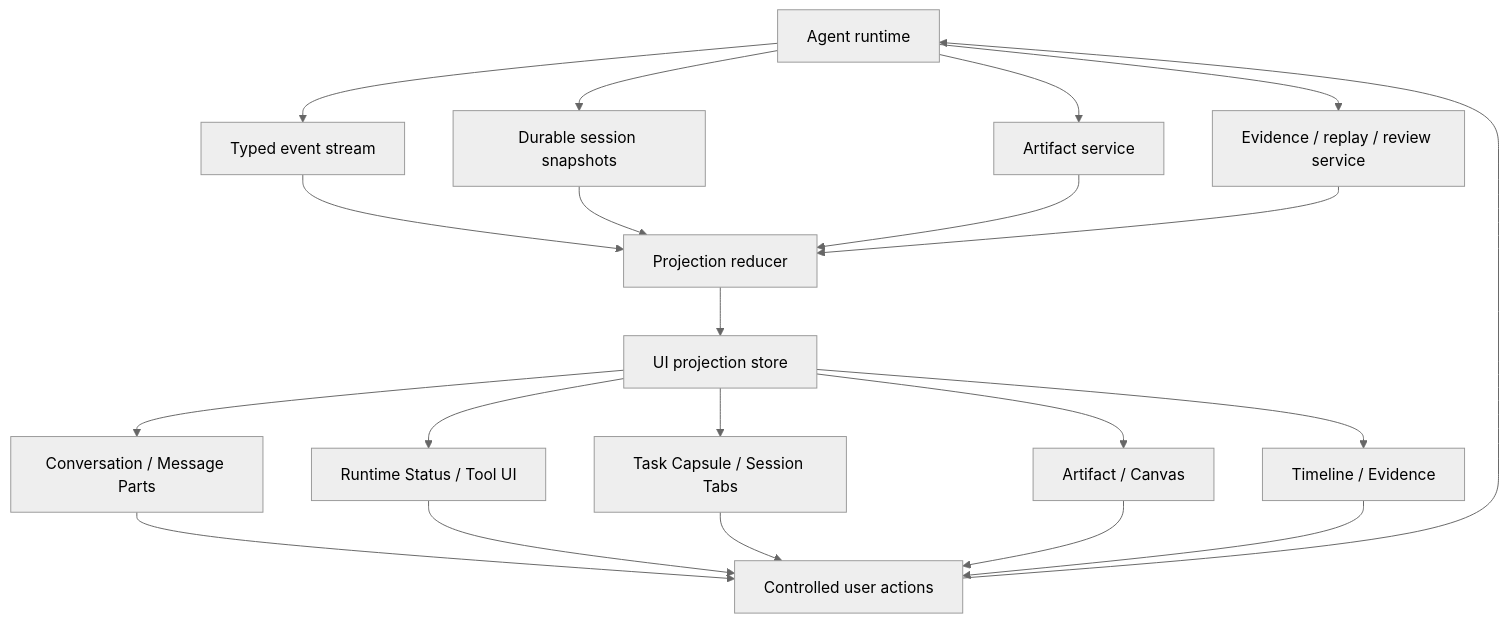
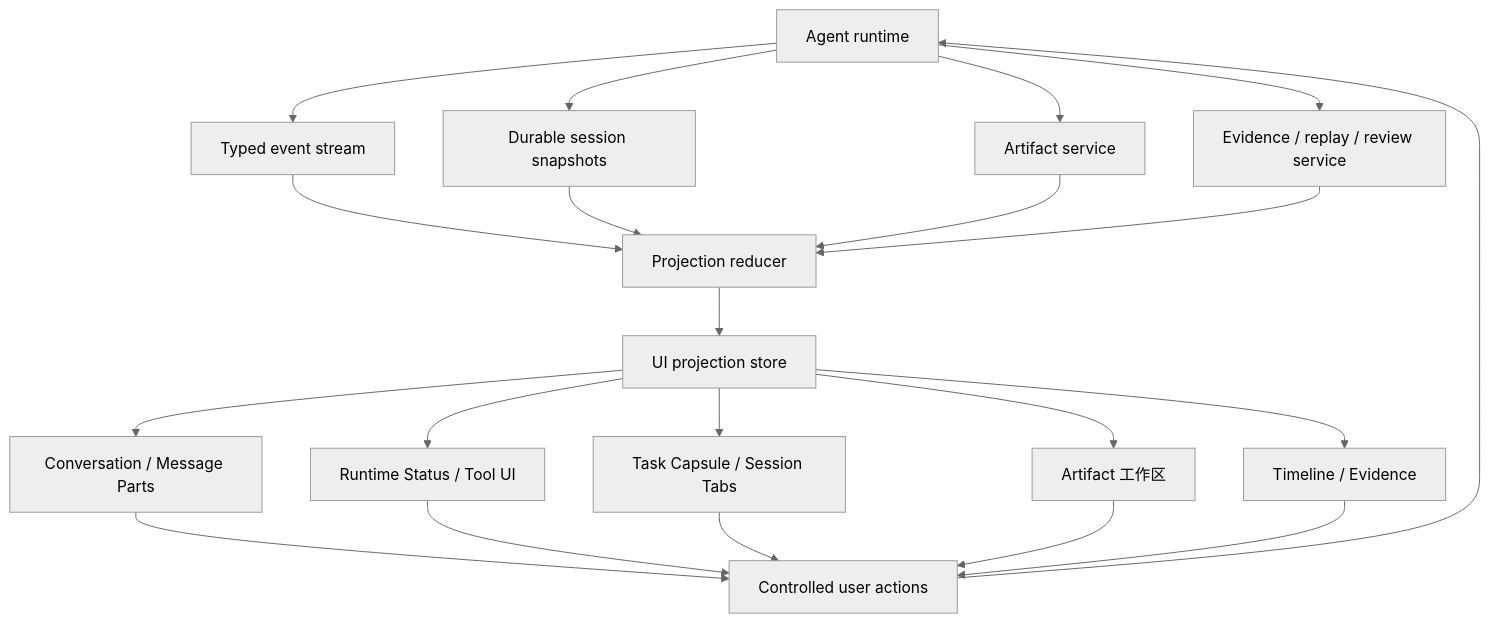
One commit to limecloud/agentui changed the diagram in docs/zh/specification.md. Above: the diagram before and after it, drawn with Mermaid (neutral theme). The commit also changed other lines of this file and 38 other files, not shown here.

````diff
--- a/docs/zh/specification.md
+++ b/docs/zh/specification.md
@@ -26,26 +26,26 @@
 ```mermaid
 flowchart TB
   Runtime[Agent runtime] --> Events[Typed event stream]
   Runtime --> Snapshots[Durable session snapshots]
   Runtime --> Artifacts[Artifact service]
   Runtime --> Evidence[Evidence / replay / review service]
 
   Events --> Reducer[Projection reducer]
   Snapshots --> Reducer
   Artifacts --> Reducer
   Evidence --> Reducer
 
   Reducer --> Projection[UI projection store]
   Projection --> Conversation[Conversation / Message Parts]
   Projection --> Process[Runtime Status / Tool UI]
   Projection --> Task[Task Capsule / Session Tabs]
-  Projection --> ArtifactUI[Artifact / Canvas]
+  Projection --> ArtifactUI[Artifact 工作区]
   Projection --> EvidenceUI[Timeline / Evidence]
 
   Conversation --> Actions[Controlled user actions]
   Process --> Actions
   Task --> Actions
   ArtifactUI --> Actions
   EvidenceUI --> Actions
   Actions --> Runtime
 ```
````
